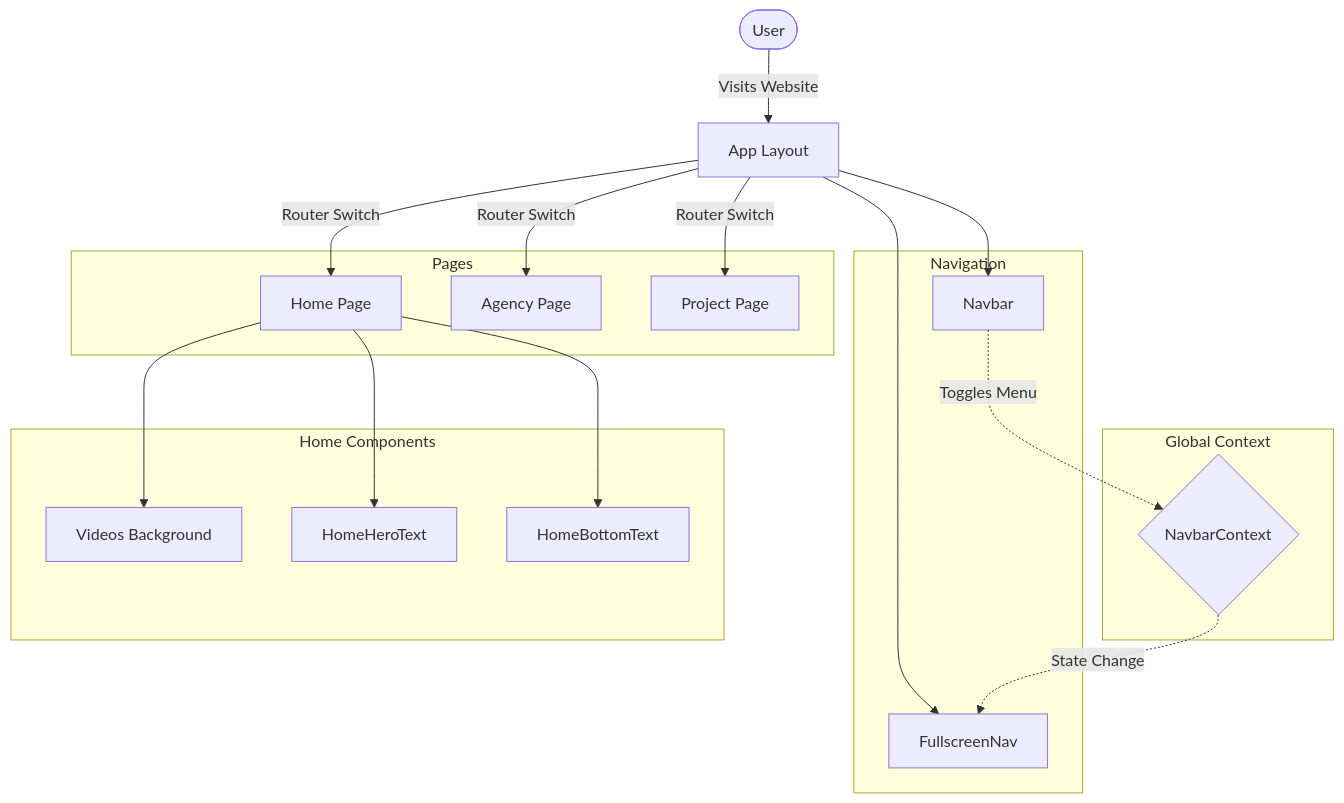
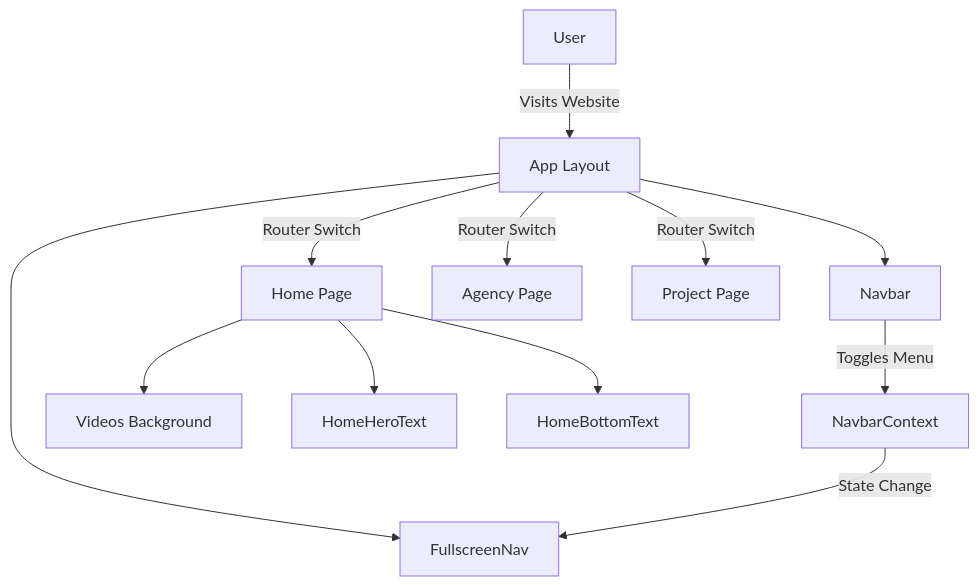
Before and after one commit to ushantsingh/K72: the first of 2 diagrams in README.md, drawn with Mermaid.

````diff
--- a/README.md
+++ b/README.md
@@ -41,34 +41,19 @@
 ```mermaid
 graph TD
-    A([User]) -->|Visits Website| B[App Layout]
-    
-    subgraph Global Context
-        C{NavbarContext}
-    end
-    
-    subgraph Navigation
-        D[Navbar]
-        E[FullscreenNav]
-    end
-    
-    B --> D
-    B --> E
-    D -.->|Toggles Menu| C
-    C -.->|State Change| E
-    
-    subgraph Pages
-        F[Home Page]
-        G[Agency Page]
-        H[Project Page]
-    end
-    
-    B -->|Router Switch| F
-    B -->|Router Switch| G
-    B -->|Router Switch| H
-    
-    subgraph Home Components
-        F --> I[Videos Background]
-        F --> J[HomeHeroText]
-        F --> K[HomeBottomText]
-    end
+
+    A[User] -->|Visits Website| B[App Layout]
+
+    B --> D[Navbar]
+    B --> E[FullscreenNav]
+
+    D -->|Toggles Menu| C[NavbarContext]
+    C -->|State Change| E
+
+    B -->|Router Switch| F[Home Page]
+    B -->|Router Switch| G[Agency Page]
+    B -->|Router Switch| H[Project Page]
+
+    F --> I[Videos Background]
+    F --> J[HomeHeroText]
+    F --> K[HomeBottomText]
 ```
````
